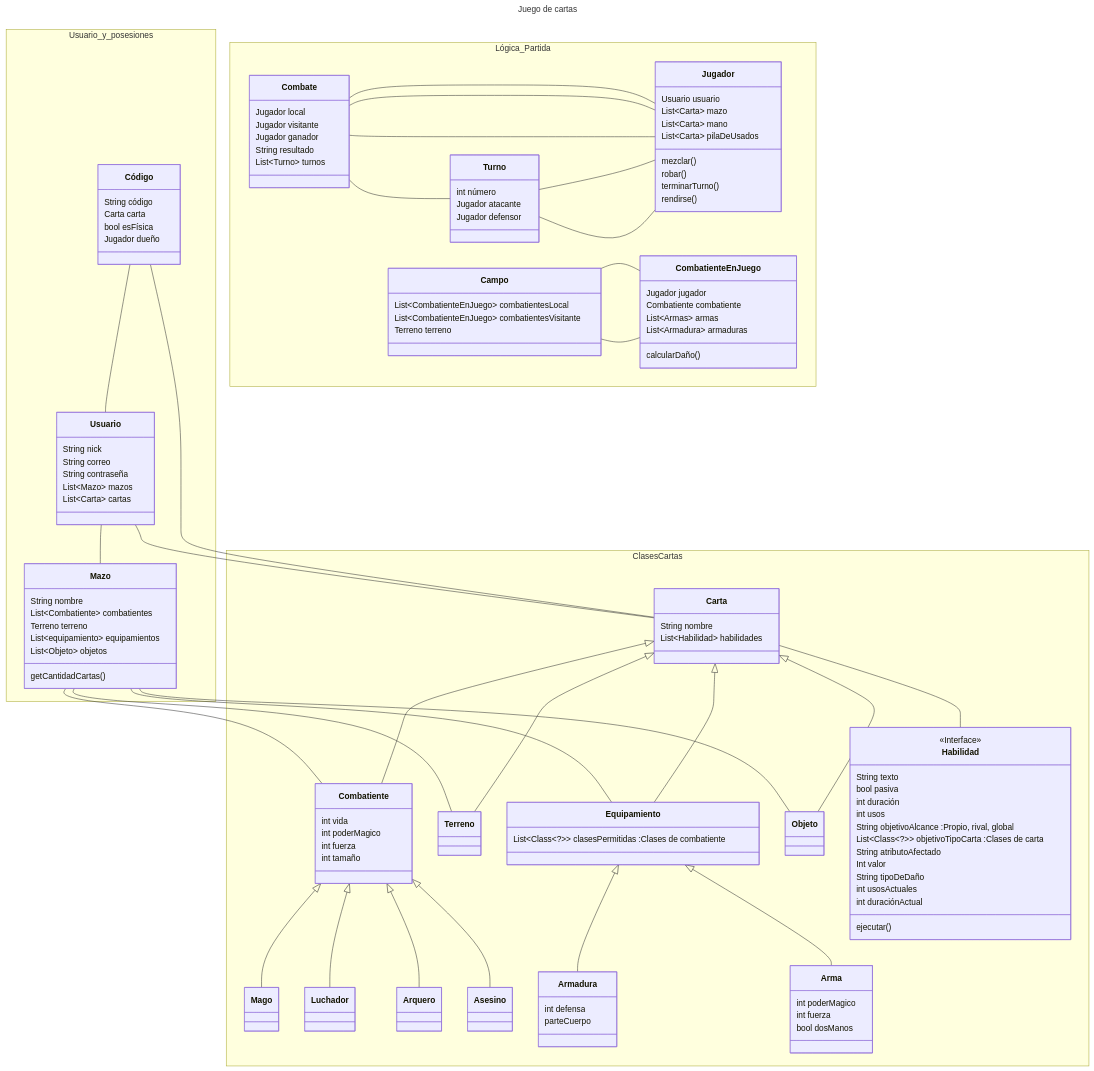
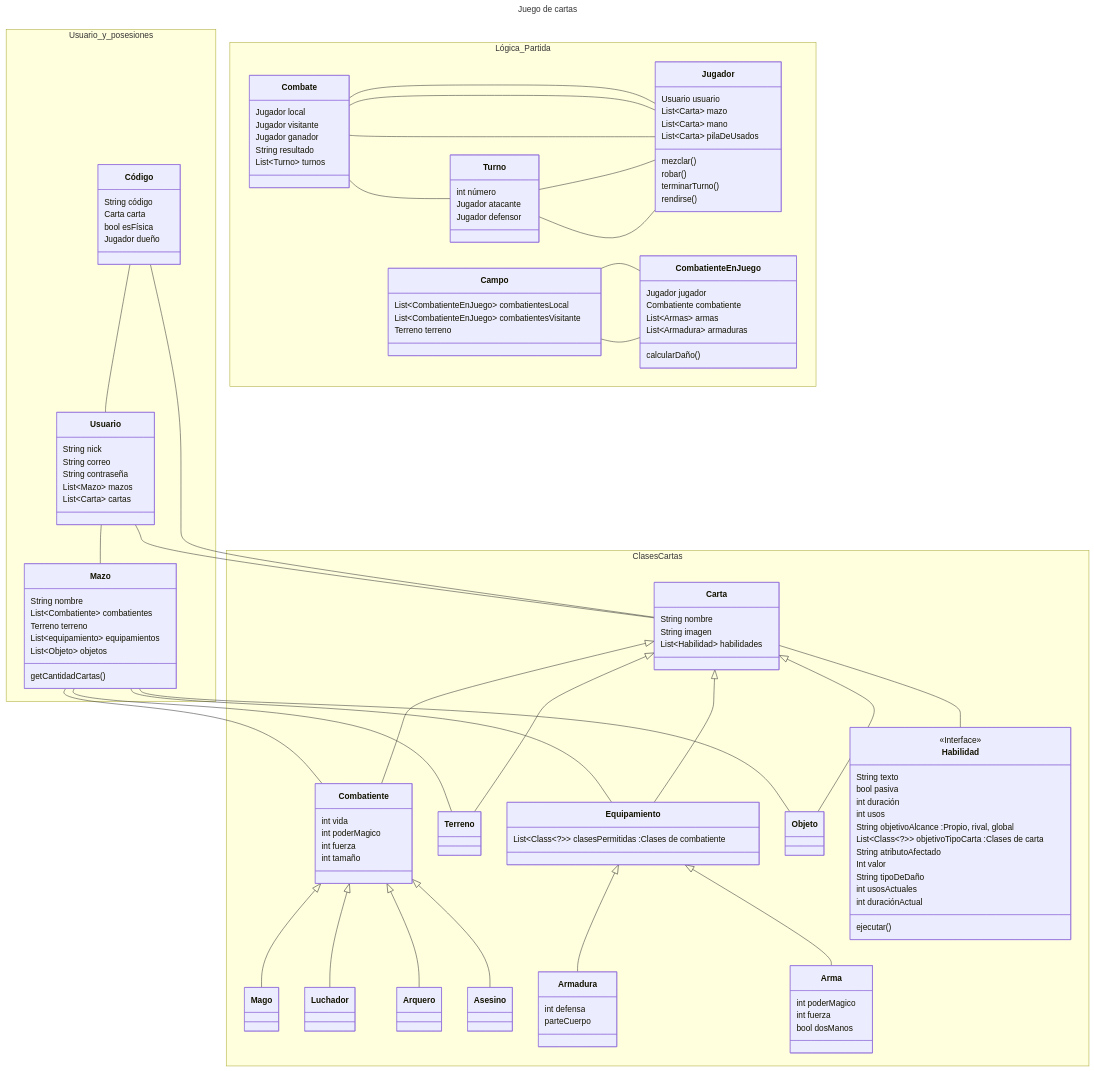
The diagram in Diagrama de clases.mmd (utnfrrodsw/tp), drawn with Mermaid before and after one commit.

Commit message:
Agrego atributo imagen en carta

```diff
--- a/Diagrama de clases.mmd
+++ b/Diagrama de clases.mmd
@@ -42,6 +42,7 @@
 namespace Clases Cartas {
     class Carta{
         String nombre
+        String imagen
         List~Habilidad~ habilidades
     }
 
```
